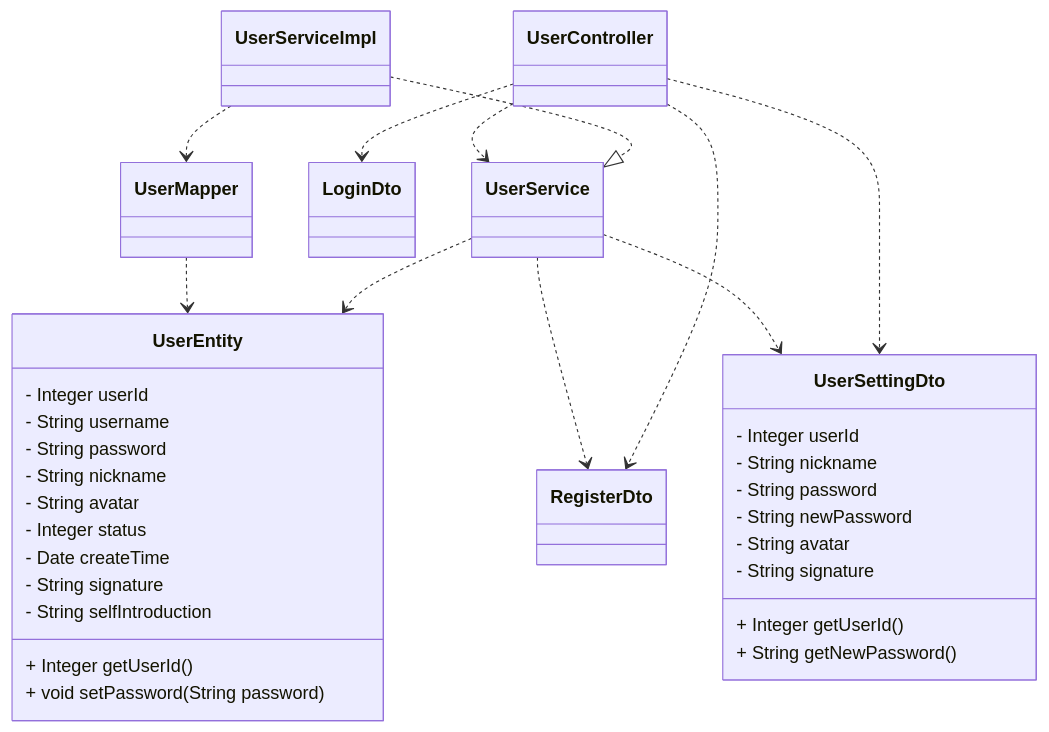
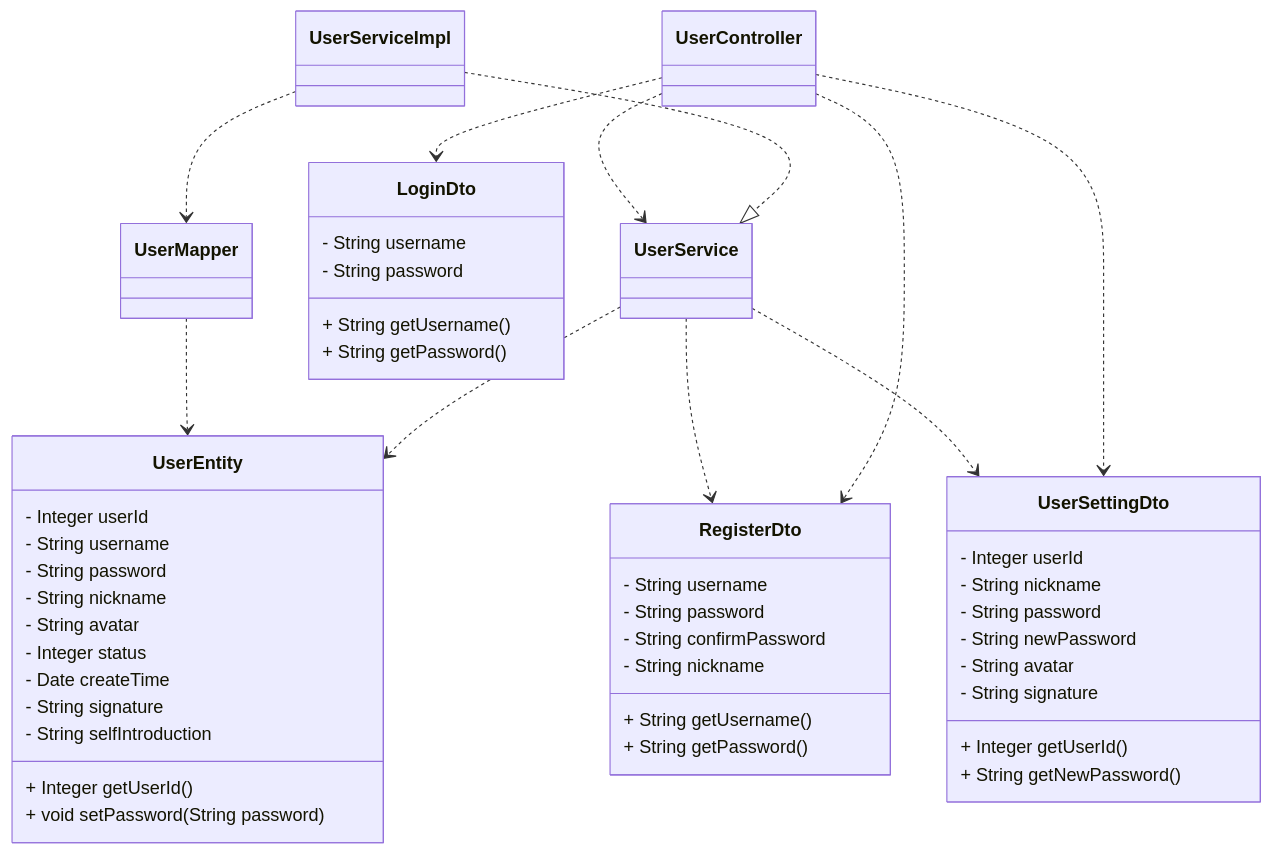
Before and after one commit to DEbalanceUX/iodraw-files: the diagram in all/未命名-1.md, drawn with Mermaid.

Commit message:
2025-12-10 23:07:47 update

````diff
--- a/all/未命名-1.md
+++ b/all/未命名-1.md
@@ -1,39 +1,54 @@
 ```mermaid
 classDiagram
     UserServiceImpl ..|> UserService
     UserController ..> UserService
     UserController ..> LoginDto
     UserController ..> RegisterDto
     UserController ..> UserSettingDto
     UserServiceImpl ..> UserMapper
     UserService ..> UserEntity
     UserService ..> RegisterDto
     UserService ..> UserSettingDto
     UserMapper ..> UserEntity
 
     class UserSettingDto {
         - Integer userId
         - String nickname
         - String password
         - String newPassword
         - String avatar
         - String signature
         + Integer getUserId()
         + String getNewPassword()
     }
 
     class UserEntity {
         - Integer userId
         - String username
         - String password
         - String nickname
         - String avatar
         - Integer status
         - Date createTime
         - String signature
         - String selfIntroduction
         + Integer getUserId()
         + void setPassword(String password)
     }
+class LoginDto {
+        - String username
+        - String password
+        + String getUsername()
+        + String getPassword()
+    }
+
+    class RegisterDto {
+        - String username
+        - String password
+        - String confirmPassword
+        - String nickname
+        + String getUsername()
+        + String getPassword()
+    }
 
 ```
````
